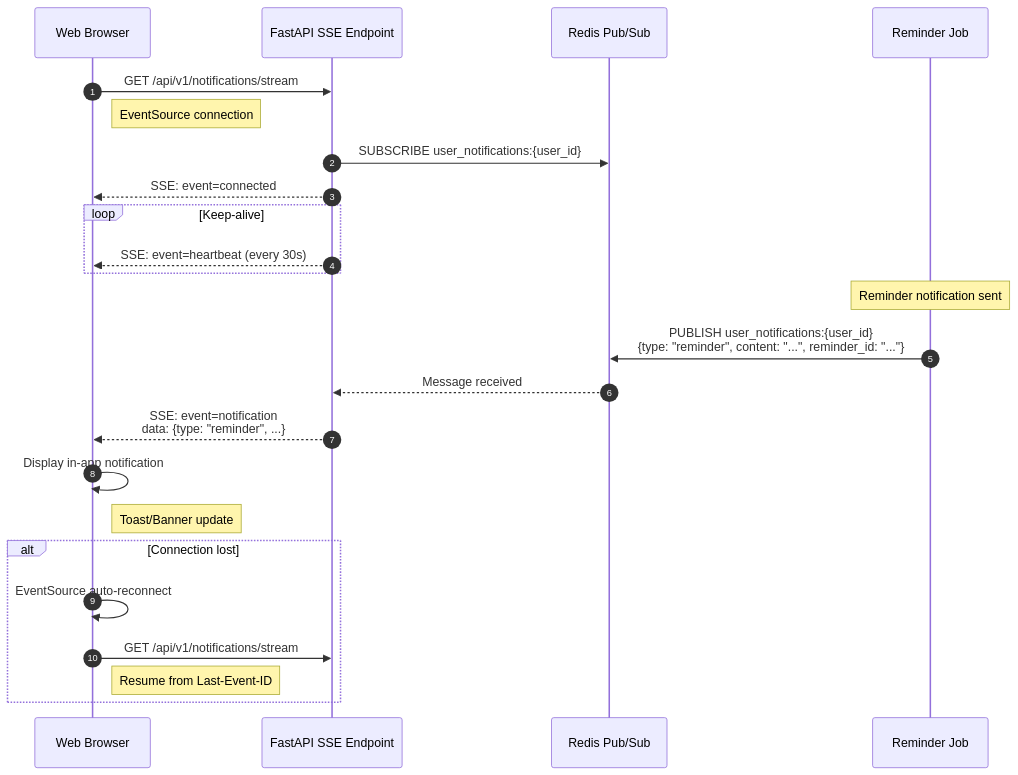
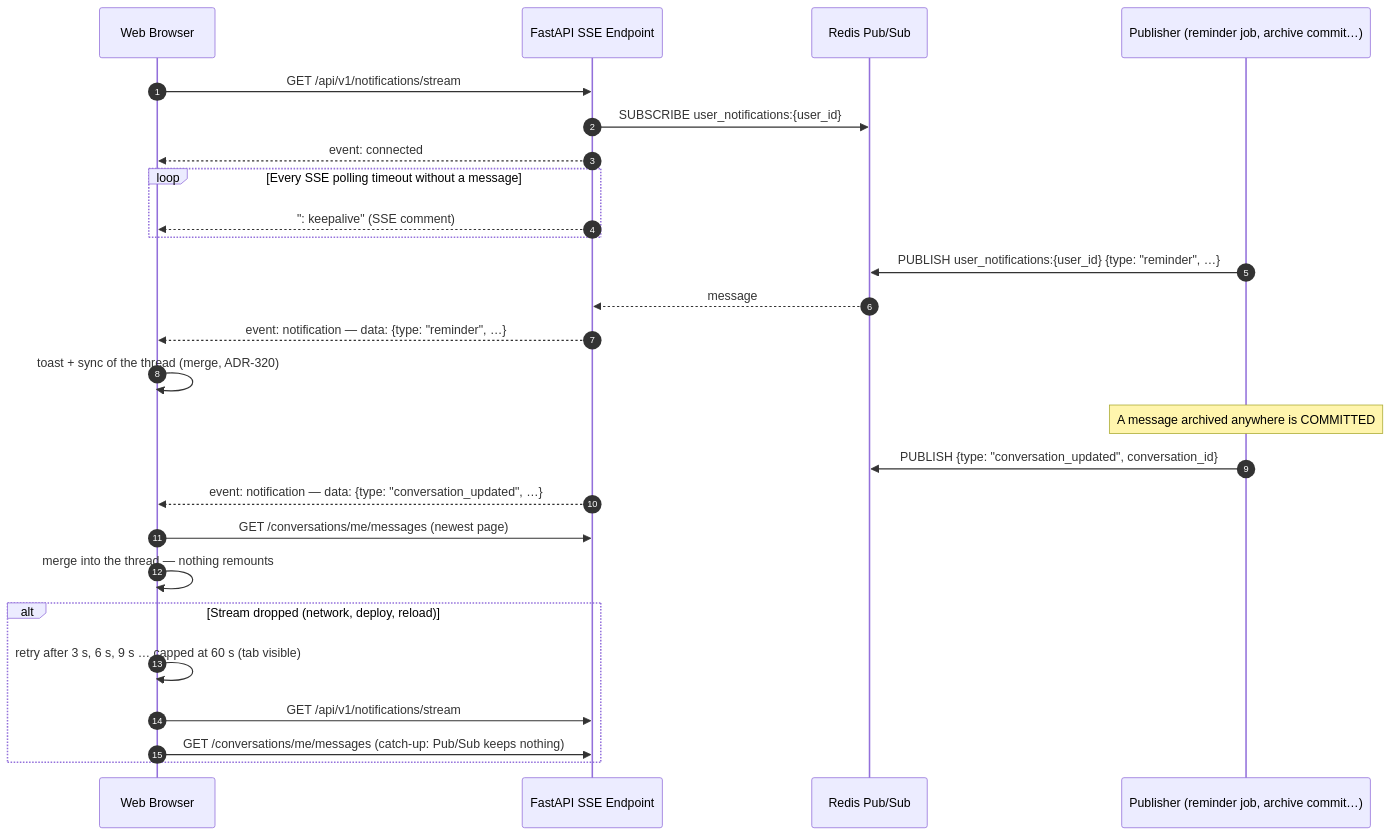
The sixth of 8 diagrams in docs/technical/NOTIFICATIONS_FLOW.md (jgouviergmail/LIA-Assistant), drawn with Mermaid before and after one commit. The commit also changed other lines of this file and 1512 other files, not shown here.

````diff
--- a/docs/technical/NOTIFICATIONS_FLOW.md
+++ b/docs/technical/NOTIFICATIONS_FLOW.md
@@ -434,36 +439,33 @@
 ```mermaid
 sequenceDiagram
     autonumber
     participant WEB as Web Browser
     participant API as FastAPI SSE Endpoint
     participant REDIS as Redis Pub/Sub
-    participant JOB as Reminder Job
+    participant SRC as Publisher (reminder job, archive commit…)
 
     WEB->>API: GET /api/v1/notifications/stream
-    Note right of WEB: EventSource connection
+    API->>REDIS: SUBSCRIBE user_notifications:{user_id}
+    API-->>WEB: event: connected
 
-    API->>REDIS: SUBSCRIBE user_notifications:{user_id}
-
-    API-->>WEB: SSE: event=connected
-
-    loop Keep-alive
-        API-->>WEB: SSE: event=heartbeat (every 30s)
+    loop Every SSE polling timeout without a message
+        API-->>WEB: ": keepalive" (SSE comment)
     end
 
-    Note over JOB: Reminder notification sent
+    SRC->>REDIS: PUBLISH user_notifications:{user_id} {type: "reminder", …}
+    REDIS-->>API: message
+    API-->>WEB: event: notification — data: {type: "reminder", …}
+    WEB->>WEB: toast + sync of the thread (merge, ADR-320)
 
-    JOB->>REDIS: PUBLISH user_notifications:{user_id}<br/>{type: "reminder", content: "...", reminder_id: "..."}
+    Note over SRC: A message archived anywhere is COMMITTED
+    SRC->>REDIS: PUBLISH {type: "conversation_updated", conversation_id}
+    API-->>WEB: event: notification — data: {type: "conversation_updated", …}
+    WEB->>API: GET /conversations/me/messages (newest page)
+    WEB->>WEB: merge into the thread — nothing remounts
 
-    REDIS-->>API: Message received
-
-    API-->>WEB: SSE: event=notification<br/>data: {type: "reminder", ...}
-
-    WEB->>WEB: Display in-app notification
-    Note right of WEB: Toast/Banner update
-
-    alt Connection lost
-        WEB->>WEB: EventSource auto-reconnect
+    alt Stream dropped (network, deploy, reload)
+        WEB->>WEB: retry after 3 s, 6 s, 9 s … capped at 60 s (tab visible)
         WEB->>API: GET /api/v1/notifications/stream
-        Note right of WEB: Resume from Last-Event-ID
+        WEB->>API: GET /conversations/me/messages (catch-up: Pub/Sub keeps nothing)
     end
 ```
````
